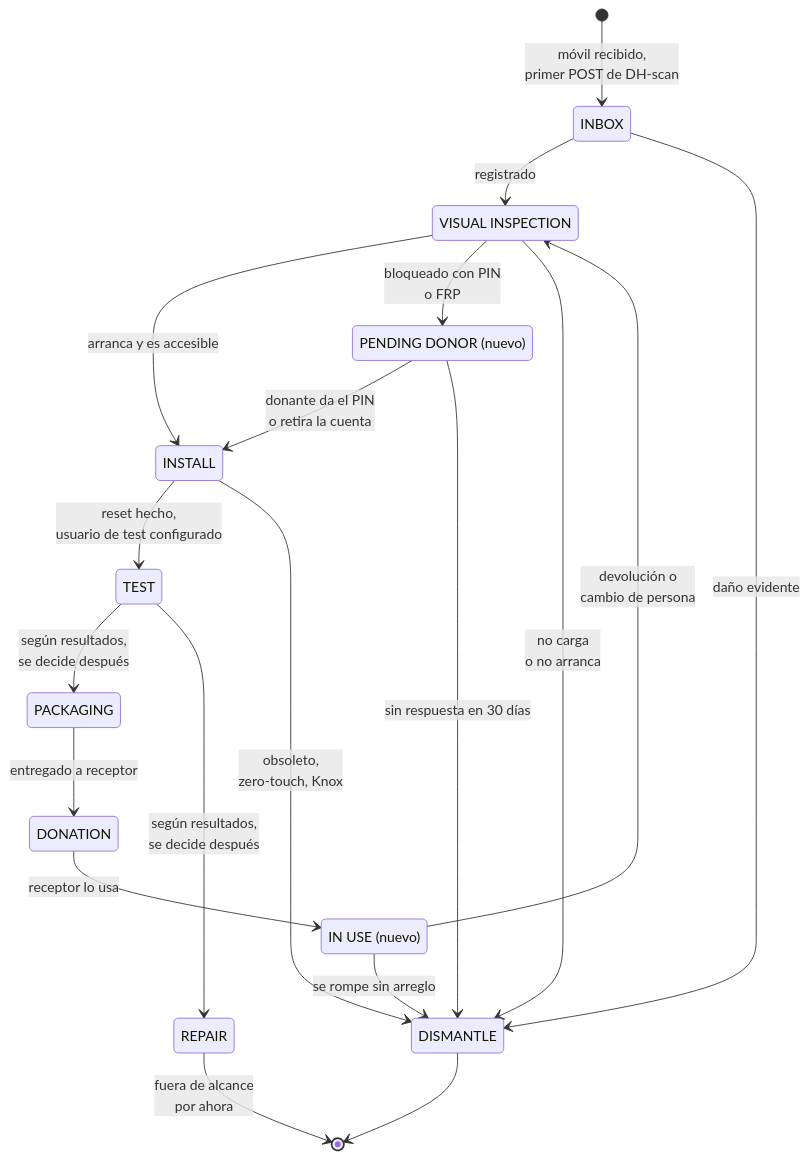
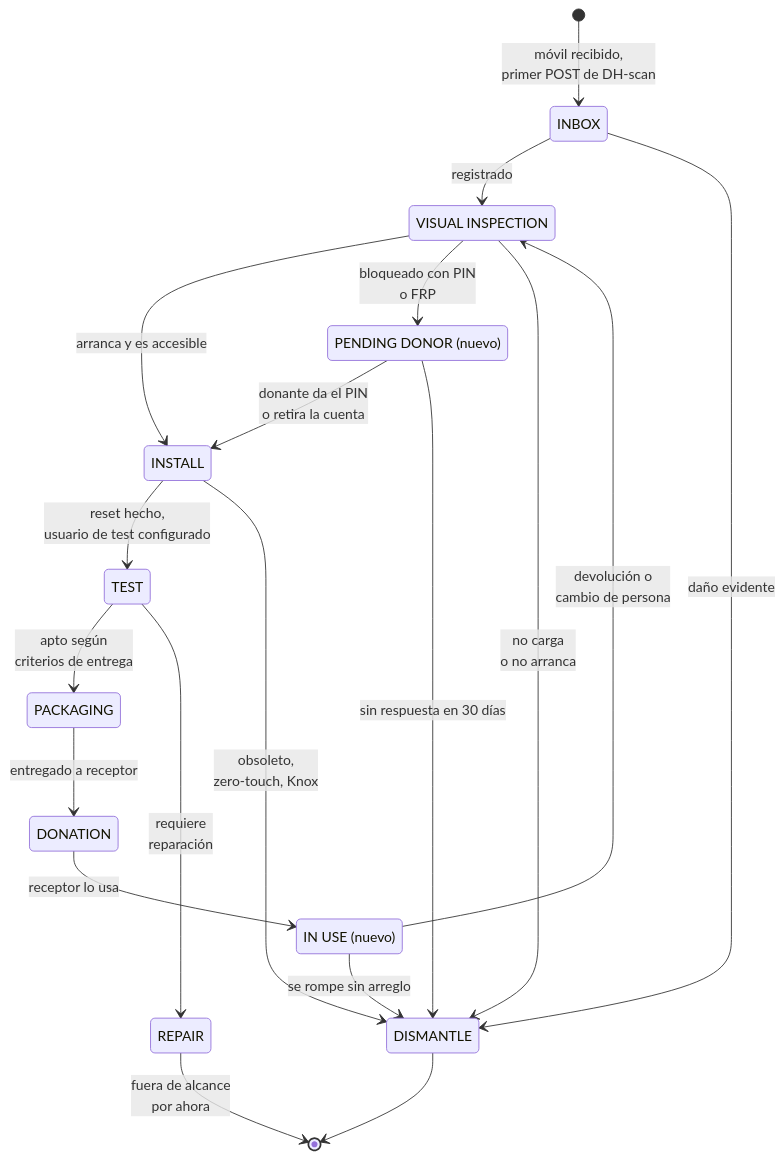
Before and after one commit to aucoop/vincle-digital-docs: the first of 8 diagrams in docs/diagramas-detallados.md, drawn with Mermaid. The commit also changed other lines of this file, not shown here.

Commit message:
Update diagramas-detallados.md TEST → PACKAGING / REPAIR
TEST → PACKAGING / REPAIR

````diff
--- a/docs/diagramas-detallados.md
+++ b/docs/diagramas-detallados.md
@@ -28,41 +28,41 @@
 ```mermaid
 stateDiagram-v2
     direction TB
 
     state "INBOX" as INBOX
     state "VISUAL INSPECTION" as VI
     state "PENDING DONOR (nuevo)" as PD
     state "INSTALL" as INSTALL
     state "TEST" as TEST
     state "REPAIR" as REPAIR
     state "PACKAGING" as PACK
     state "DONATION" as DON
     state "IN USE (nuevo)" as USE
     state "DISMANTLE" as DIS
 
     [*] --> INBOX: móvil recibido,<br/>primer POST de DH-scan
     INBOX --> VI: registrado
     INBOX --> DIS: daño evidente
 
     VI --> INSTALL: arranca y es accesible
     VI --> PD: bloqueado con PIN<br/>o FRP
     VI --> DIS: no carga<br/>o no arranca
 
     PD --> INSTALL: donante da el PIN<br/>o retira la cuenta
     PD --> DIS: sin respuesta en 30 días
 
     INSTALL --> TEST: reset hecho,<br/>usuario de test configurado
     INSTALL --> DIS: obsoleto,<br/>zero-touch, Knox
 
-    TEST --> PACK: según resultados,<br/>se decide después
-    TEST --> REPAIR: según resultados,<br/>se decide después
+    TEST --> PACK: apto según<br/>criterios de entrega
+    TEST --> REPAIR: requiere<br/>reparación
 
     REPAIR --> [*]: fuera de alcance<br/>por ahora
 
     PACK --> DON: entregado a receptor
     DON --> USE: receptor lo usa
     USE --> VI: devolución o<br/>cambio de persona
     USE --> DIS: se rompe sin arreglo
 
     DIS --> [*]
 ```
````
